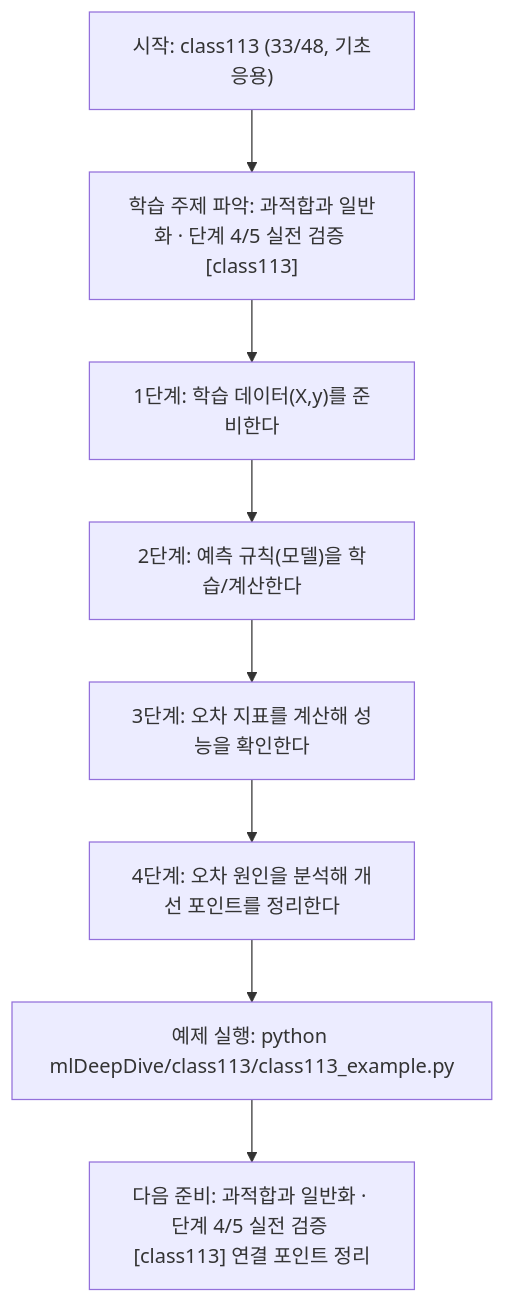
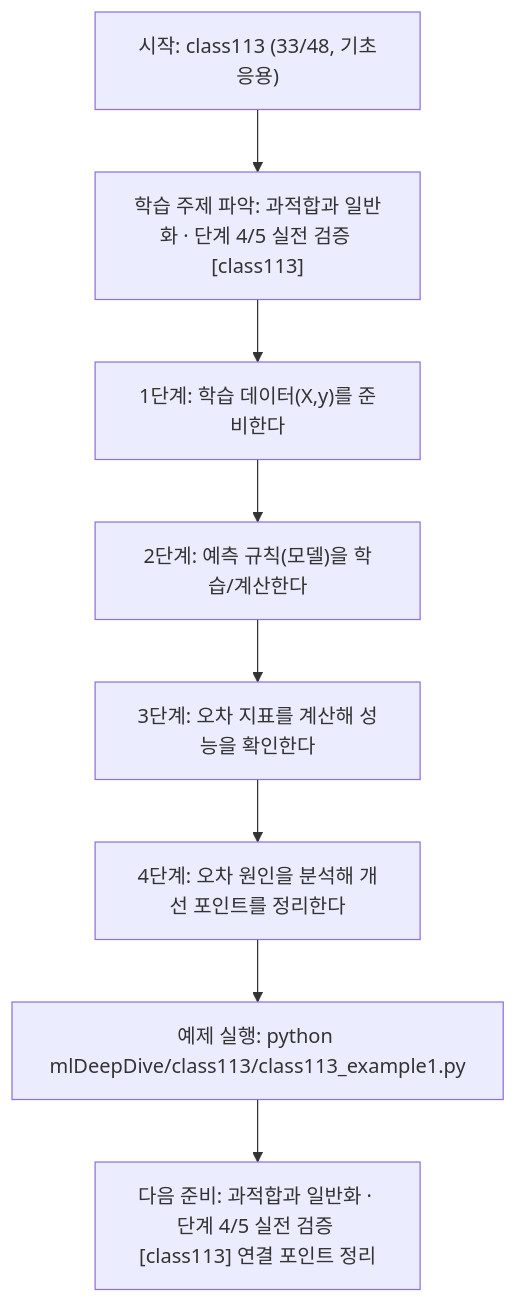
One commit to edumgt/Python-AI_Agent-Class changed the diagram in mlDeepDive/class113/class113.md. Above: the diagram before and after it, drawn with Mermaid. The commit also changed other lines of this file and 2959 other files, not shown here.

````diff
--- a/mlDeepDive/class113/class113.md
+++ b/mlDeepDive/class113/class113.md
@@ -109,18 +109,18 @@
 ```mermaid
 flowchart TD
 N1["시작: class113 (33/48, 기초응용)"]
 N2["학습 주제 파악: 과적합과 일반화 · 단계 4/5 실전 검증 [class113]"]
 N3["1단계: 학습 데이터(X,y)를 준비한다"]
 N4["2단계: 예측 규칙(모델)을 학습/계산한다"]
 N5["3단계: 오차 지표를 계산해 성능을 확인한다"]
 N6["4단계: 오차 원인을 분석해 개선 포인트를 정리한다"]
-N7["예제 실행: python mlDeepDive/class113/class113_example.py"]
+N7["예제 실행: python mlDeepDive/class113/class113_example1.py"]
 N8["다음 준비: 과적합과 일반화 · 단계 4/5 실전 검증 [class113] 연결 포인트 정리"]
 N1 --> N2
 N2 --> N3
 N3 --> N4
 N4 --> N5
 N5 --> N6
 N6 --> N7
 N7 --> N8
 ```
````
